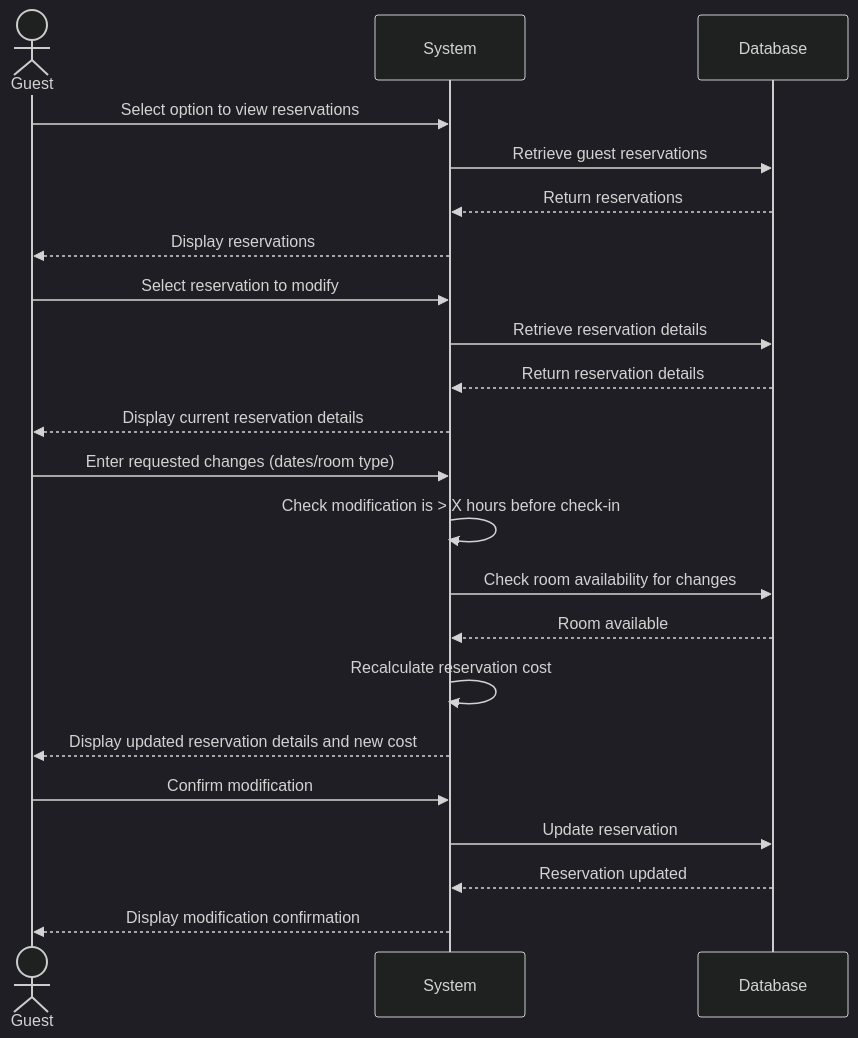
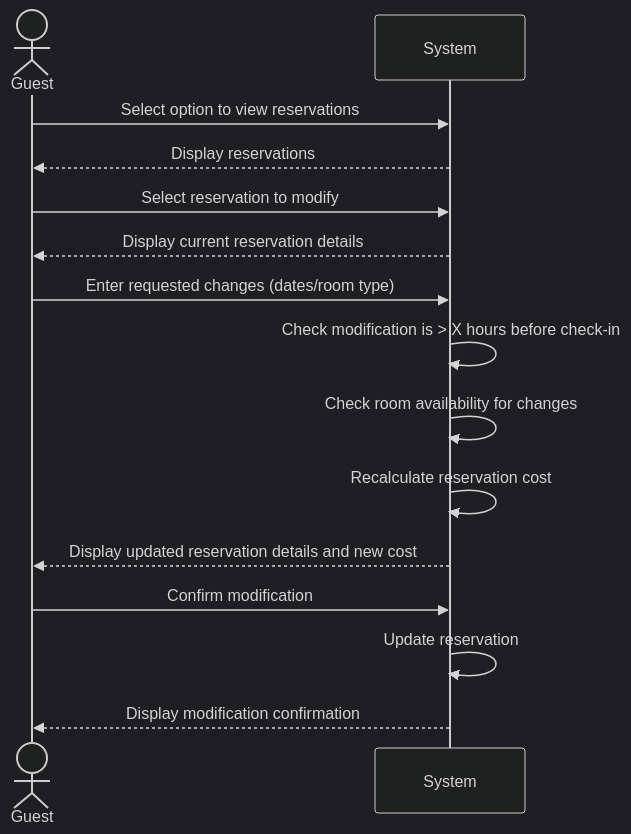
The diagram in Documentation/User-Cases/ModifyReservation.md (JaceYar/Software1-Proj), drawn with Mermaid (dark theme) before and after one commit. The commit also changed 11 other files, not shown here.

Commit message:
fix the diagrams

````diff
--- a/Documentation/User-Cases/ModifyReservation.md
+++ b/Documentation/User-Cases/ModifyReservation.md
@@ -11,25 +11,18 @@
 ```mermaid
 sequenceDiagram
     actor Guest
     participant System
-    participant Database
 
     Guest->>System: Select option to view reservations
-    System->>Database: Retrieve guest reservations
-    Database-->>System: Return reservations
     System-->>Guest: Display reservations
     Guest->>System: Select reservation to modify
-    System->>Database: Retrieve reservation details
-    Database-->>System: Return reservation details
     System-->>Guest: Display current reservation details
     Guest->>System: Enter requested changes (dates/room type)
     System->>System: Check modification is > X hours before check-in
-    System->>Database: Check room availability for changes
-    Database-->>System: Room available
+    System->>System: Check room availability for changes
     System->>System: Recalculate reservation cost
     System-->>Guest: Display updated reservation details and new cost
     Guest->>System: Confirm modification
-    System->>Database: Update reservation
-    Database-->>System: Reservation updated
+    System->>System: Update reservation
     System-->>Guest: Display modification confirmation
 ```
````
